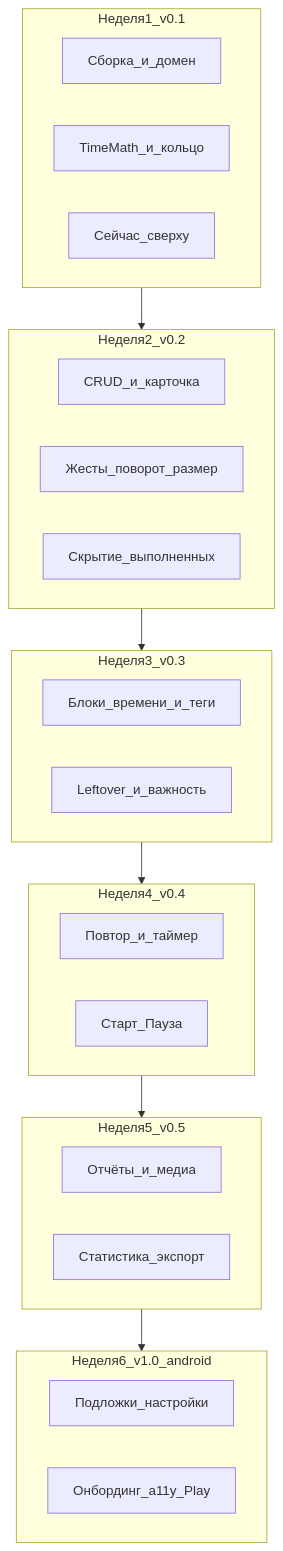
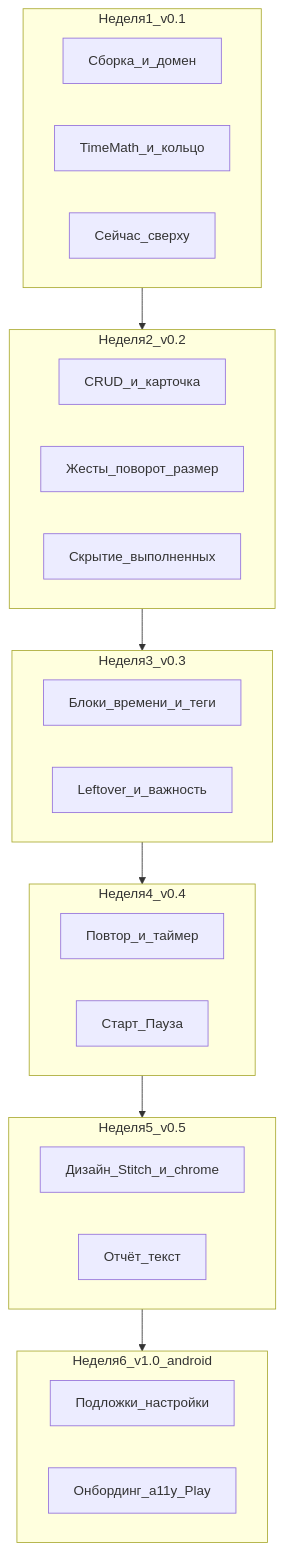
Before and after one commit to KirillUnity/PizzaTimer: the first of 2 diagrams in docs/ROADMAP.md, drawn with Mermaid. The commit also changed other lines of this file and 75 other files, not shown here.

````diff
--- a/docs/ROADMAP.md
+++ b/docs/ROADMAP.md
@@ -14,30 +14,30 @@
 ```mermaid
 flowchart TB
   subgraph week1 [Неделя1_v0.1]
     A[Сборка_и_домен]
     B[TimeMath_и_кольцо]
     C[Сейчас_сверху]
   end
   subgraph week2 [Неделя2_v0.2]
     D[CRUD_и_карточка]
     E[Жесты_поворот_размер]
     F[Скрытие_выполненных]
   end
   subgraph week3 [Неделя3_v0.3]
     G[Блоки_времени_и_теги]
     H[Leftover_и_важность]
   end
   subgraph week4 [Неделя4_v0.4]
     I[Повтор_и_таймер]
     J[Старт_Пауза]
   end
   subgraph week5 [Неделя5_v0.5]
-    K[Отчёты_и_медиа]
-    L[Статистика_экспорт]
+    K[Дизайн_Stitch_и_chrome]
+    L[Отчёт_текст]
   end
   subgraph week6 [Неделя6_v1.0_android]
     M[Подложки_настройки]
     N[Онбординг_a11y_Play]
   end
   week1 --> week2 --> week3 --> week4 --> week5 --> week6
 ```
````
